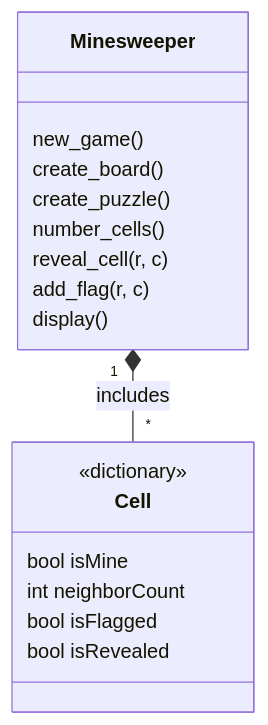
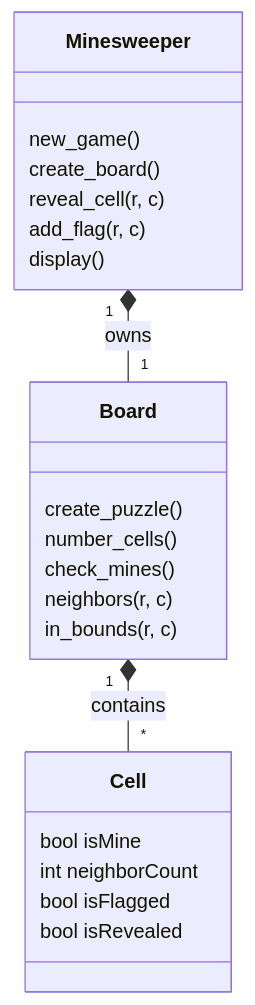
One commit to epicoderr/Software-Dev-Project changed the first of 2 diagrams in documentation/architecture.md. Above: the diagram before and after it, drawn with Mermaid. The commit also changed other lines of this file and 10 other files, not shown here.

````diff
--- a/documentation/architecture.md
+++ b/documentation/architecture.md
@@ -41,24 +43,30 @@
 ```mermaid
 classDiagram
 
     class Minesweeper {
         new_game()
         create_board()
-        create_puzzle()
-        number_cells()
         reveal_cell(r, c)
         add_flag(r, c)
         display()
     }
 
+    class Board {
+        create_puzzle()
+        number_cells()
+        check_mines()
+        neighbors(r, c)
+        in_bounds(r, c)
+    }
+
     class Cell {
-        <<dictionary>>
         bool isMine
         int neighborCount
         bool isFlagged
         bool isRevealed
     }
     
-    Minesweeper "1" *-- "*" Cell : includes
+    Minesweeper "1" *-- "1" Board : owns
+    Board "1" *-- "*" Cell : contains
 
 ```
````
